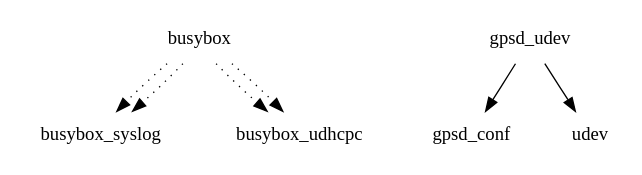
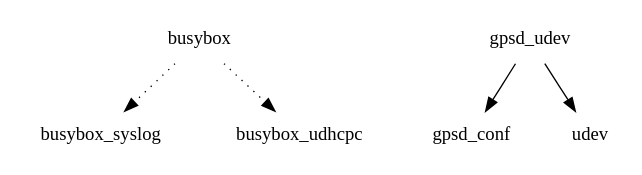
One commit to shr-distribution/buildhistory-old changed the diagram in images/crespo/eglibc/chroot-image/depends-nokernel-nolibc-noupdate-nomodules.dot. Above: the diagram before and after it, drawn with Graphviz. The commit also changed 49 other files, not shown here.

```diff
--- a/images/crespo/eglibc/chroot-image/depends-nokernel-nolibc-noupdate-nomodules.dot
+++ b/images/crespo/eglibc/chroot-image/depends-nokernel-nolibc-noupdate-nomodules.dot
@@ -1,9 +1,7 @@
 digraph depends {
     node [shape=plaintext]
-busybox -> busybox_syslog [style=dotted];
-busybox -> busybox_udhcpc [style=dotted];
 busybox -> busybox_syslog [style=dotted];
 busybox -> busybox_udhcpc [style=dotted];
 gpsd_udev -> gpsd_conf;
 gpsd_udev -> udev;
 }
```
